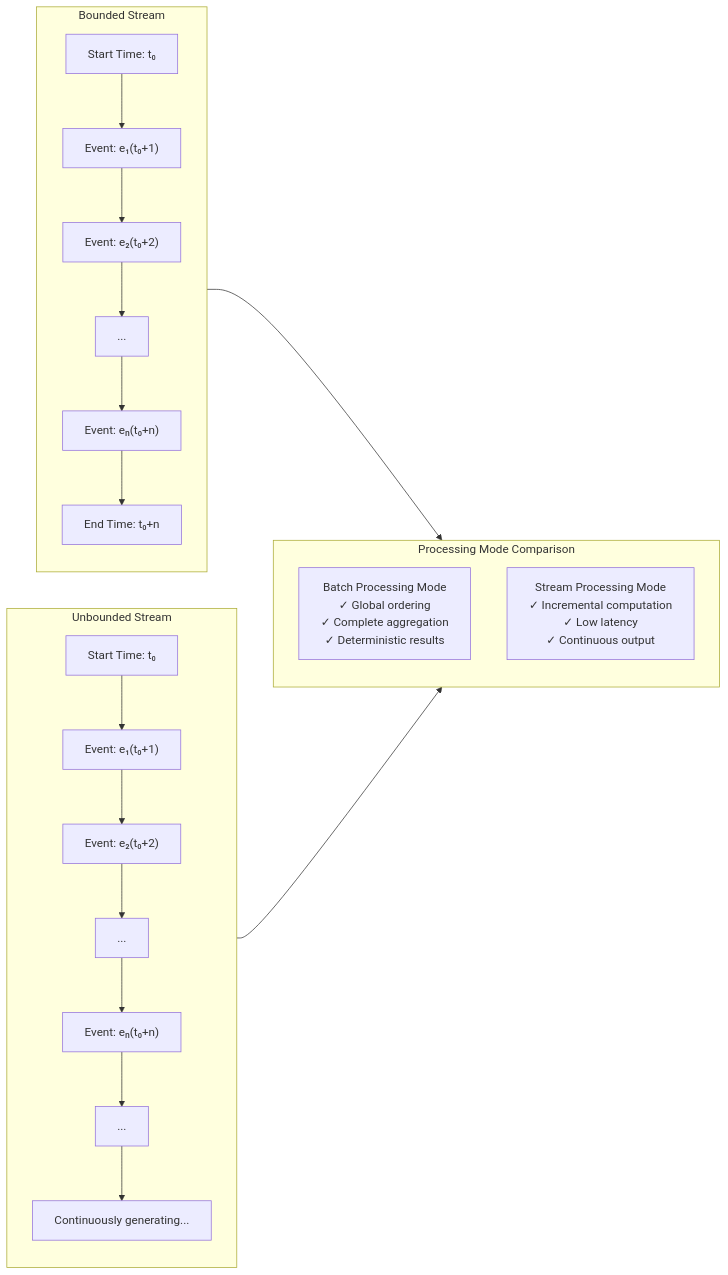
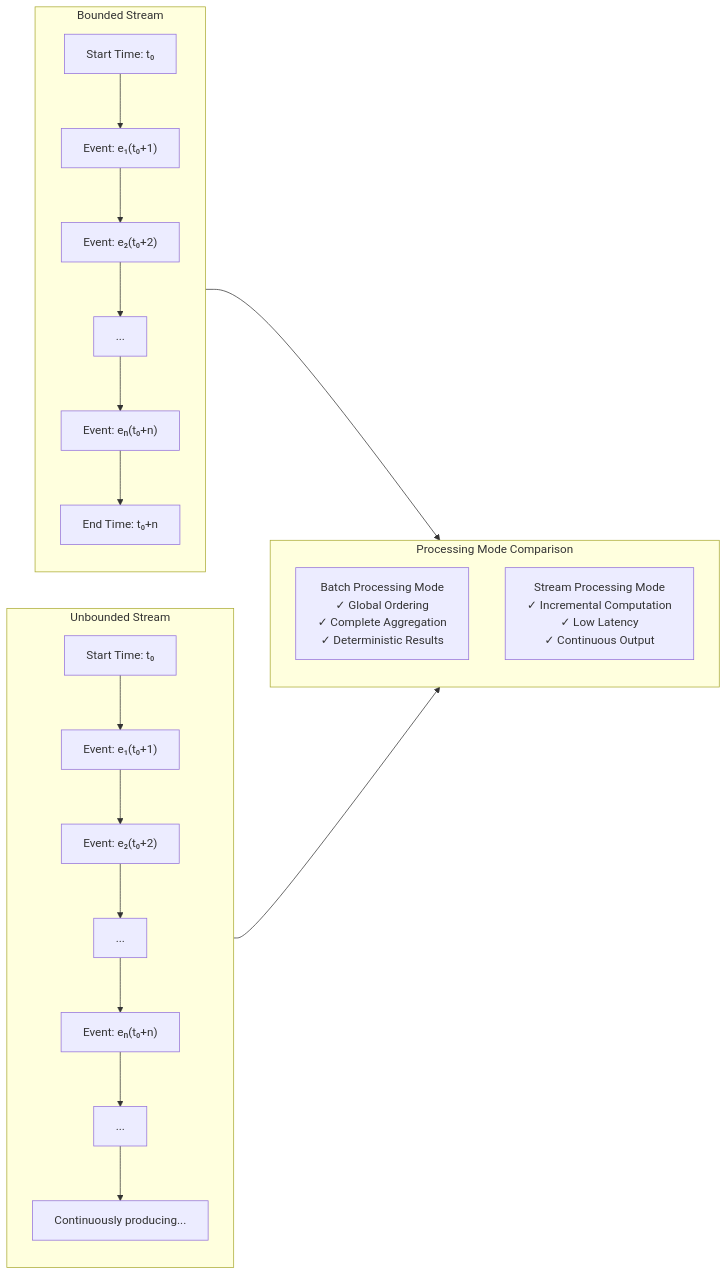
Before and after one commit to AdaMartin18010/AnalysisDataFlow: the second of 5 diagrams in i18n/en/Knowledge/01-concept-atlas/01.01-stream-processing-fundamentals.md, drawn with Mermaid. The commit also changed other lines of this file and 154 other files, not shown here.

````diff
--- a/i18n/en/Knowledge/01-concept-atlas/01.01-stream-processing-fundamentals.md
+++ b/i18n/en/Knowledge/01-concept-atlas/01.01-stream-processing-fundamentals.md
@@ -898,36 +898,36 @@
 ```mermaid
 graph LR
     subgraph Bounded["Bounded Stream"]
         direction TB
         B_start[Start Time: t₀]
         B_data1["Event: e₁(t₀+1)"]
         B_data2["Event: e₂(t₀+2)"]
         B_dots["..."]
         B_dataN["Event: eₙ(t₀+n)"]
         B_end[End Time: t₀+n]
 
         B_start --> B_data1 --> B_data2 --> B_dots --> B_dataN --> B_end
     end
 
     subgraph Unbounded["Unbounded Stream"]
         direction TB
         U_start[Start Time: t₀]
         U_data1["Event: e₁(t₀+1)"]
         U_data2["Event: e₂(t₀+2)"]
         U_dots1["..."]
         U_dataN["Event: eₙ(t₀+n)"]
         U_dots2["..."]
-        U_inf[Continuously generating...]
+        U_inf[Continuously producing...]
 
         U_start --> U_data1 --> U_data2 --> U_dots1 --> U_dataN --> U_dots2 --> U_inf
     end
 
     subgraph Processing["Processing Mode Comparison"]
         direction TB
-        P1["Batch Processing Mode<br/>✓ Global ordering<br/>✓ Complete aggregation<br/>✓ Deterministic results"]
-        P2["Stream Processing Mode<br/>✓ Incremental computation<br/>✓ Low latency<br/>✓ Continuous output"]
+        P1["Batch Processing Mode<br/>✓ Global Ordering<br/>✓ Complete Aggregation<br/>✓ Deterministic Results"]
+        P2["Stream Processing Mode<br/>✓ Incremental Computation<br/>✓ Low Latency<br/>✓ Continuous Output"]
     end
 
     Bounded --> P1
     Unbounded --> P2
 ```
````
